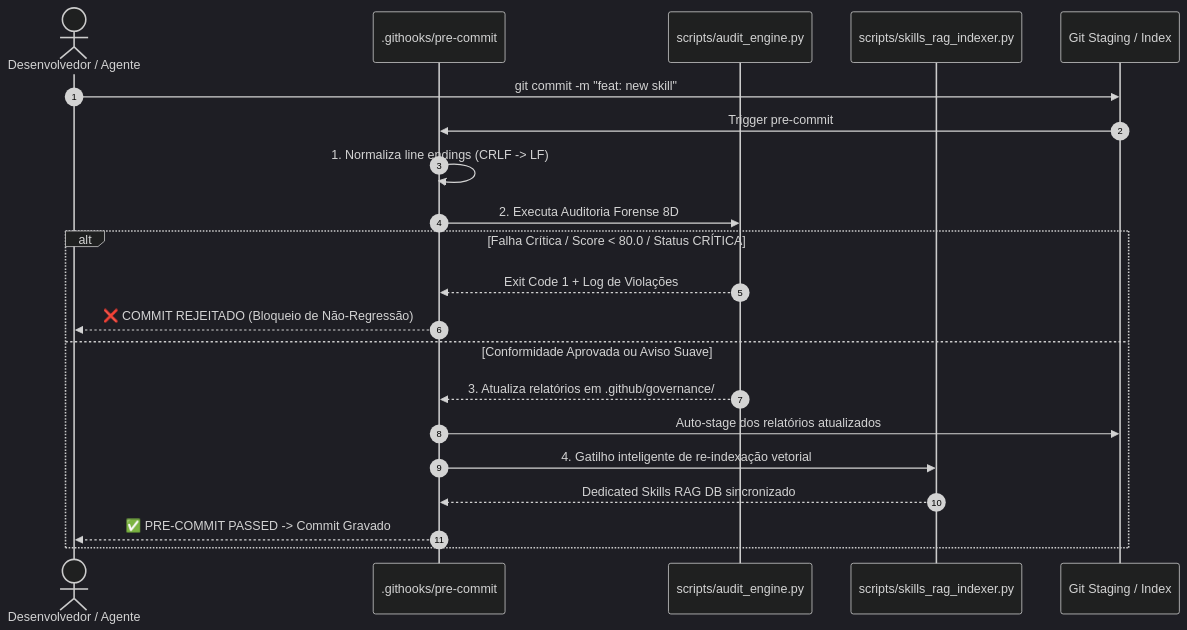
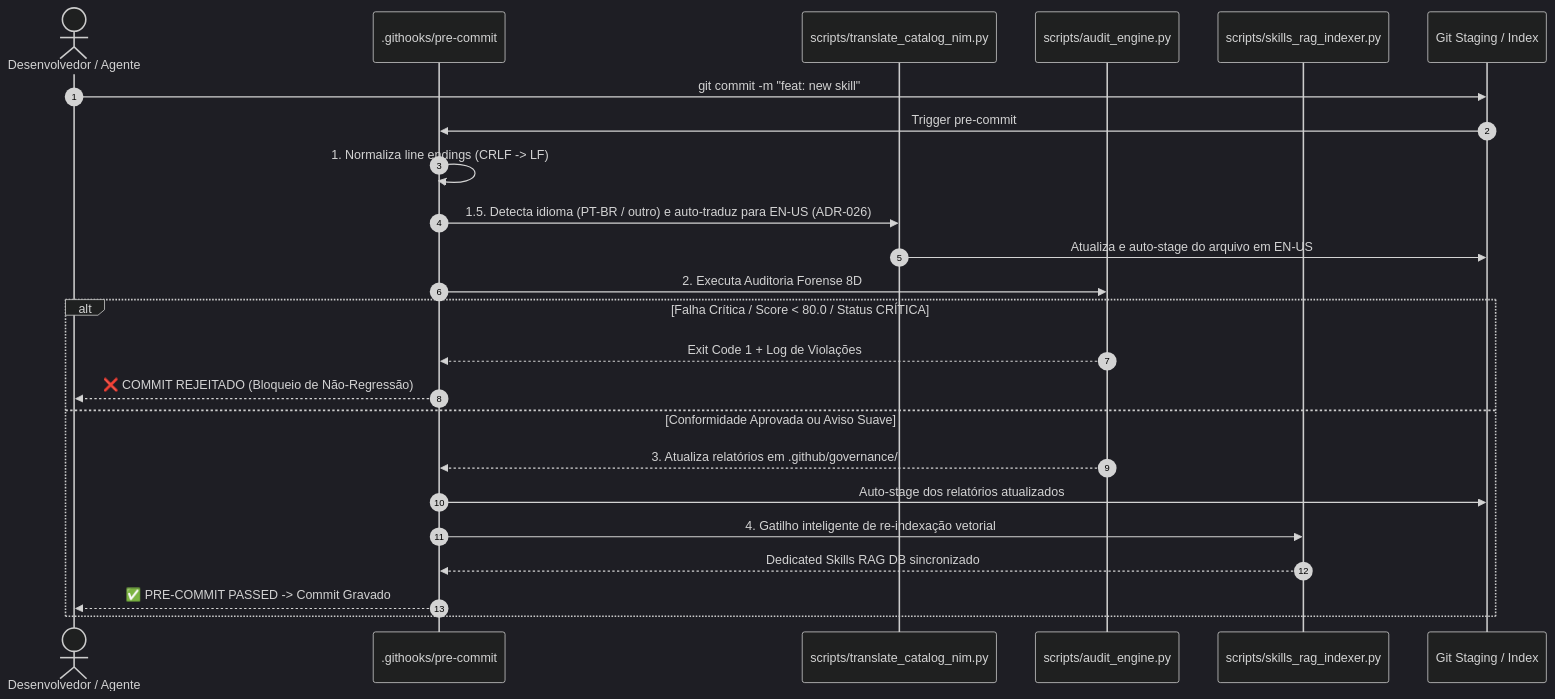
One commit to lscheffel/ignite-agents-skills changed the second of 2 diagrams in docs/audit/ECOSYSTEM_SOTA_ARCHITECTURAL_BULLETIN.md. Above: the diagram before and after it, drawn with Mermaid (dark theme). The commit also changed other lines of this file and 3 other files, not shown here.

Commit message:
feat(flow): integrate automated language detection and translation into pre-commit and CI pipeline

````diff
--- a/docs/audit/ECOSYSTEM_SOTA_ARCHITECTURAL_BULLETIN.md
+++ b/docs/audit/ECOSYSTEM_SOTA_ARCHITECTURAL_BULLETIN.md
@@ -81,24 +81,27 @@
 ```mermaid
 sequenceDiagram
     autonumber
     actor Dev as Desenvolvedor / Agente
     participant Hook as .githooks/pre-commit
+    participant Trans as scripts/translate_catalog_nim.py
     participant Audit as scripts/audit_engine.py
     participant RAG as scripts/skills_rag_indexer.py
     participant Git as Git Staging / Index
 
     Dev->>Git: git commit -m "feat: new skill"
     Git->>Hook: Trigger pre-commit
     Hook->>Hook: 1. Normaliza line endings (CRLF -> LF)
+    Hook->>Trans: 1.5. Detecta idioma (PT-BR / outro) e auto-traduz para EN-US (ADR-026)
+    Trans->>Git: Atualiza e auto-stage do arquivo em EN-US
     Hook->>Audit: 2. Executa Auditoria Forense 8D
     alt Falha Crítica / Score < 80.0 / Status CRÍTICA
         Audit-->>Hook: Exit Code 1 + Log de Violações
         Hook-->>Dev: ❌ COMMIT REJEITADO (Bloqueio de Não-Regressão)
     else Conformidade Aprovada ou Aviso Suave
         Audit-->>Hook: 3. Atualiza relatórios em .github/governance/
         Hook->>Git: Auto-stage dos relatórios atualizados
         Hook->>RAG: 4. Gatilho inteligente de re-indexação vetorial
         RAG-->>Hook: Dedicated Skills RAG DB sincronizado
         Hook-->>Dev: ✅ PRE-COMMIT PASSED -> Commit Gravado
     end
 ```
````
